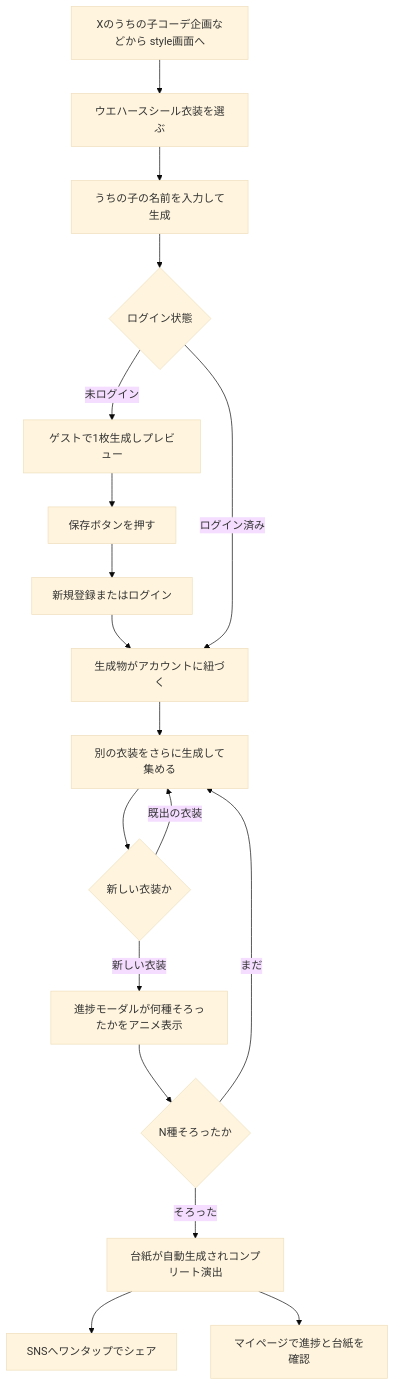
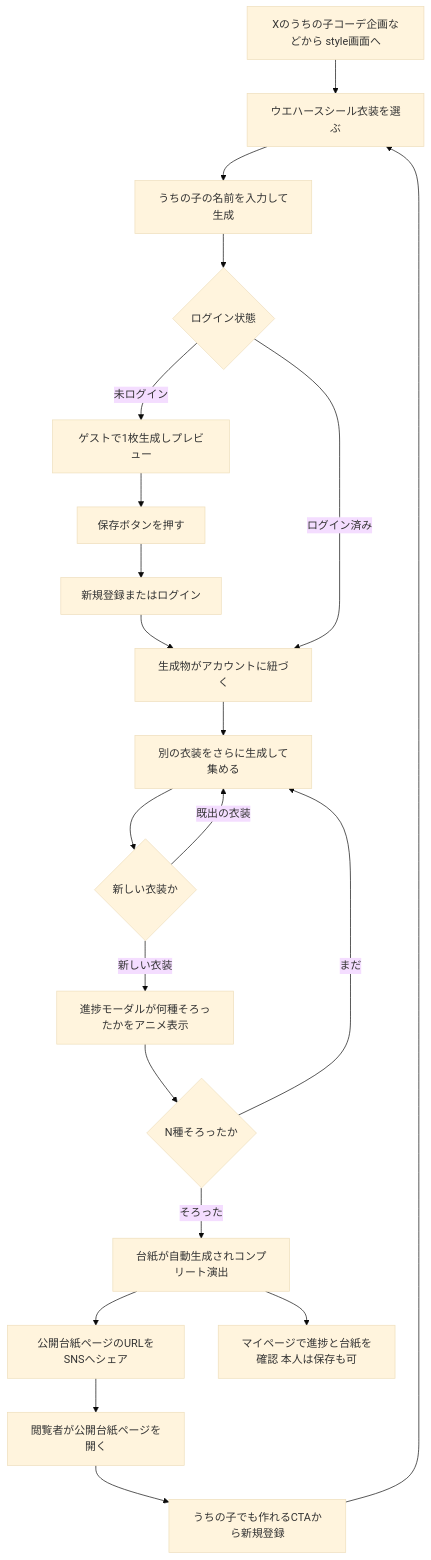
The second of 7 diagrams in docs/planning/collection-feature-implementation-plan.md (3balljugglerYu/ai_coordinate), drawn with Mermaid (base theme) before and after one commit. The commit also changed other lines of this file, not shown here.

````diff
--- a/docs/planning/collection-feature-implementation-plan.md
+++ b/docs/planning/collection-feature-implementation-plan.md
@@ -117,20 +117,23 @@
 ```mermaid
 flowchart TD
     A["Xのうちの子コーデ企画などから style画面へ"] --> B["ウエハースシール衣装を選ぶ"]
     B --> C["うちの子の名前を入力して生成"]
     C --> D{"ログイン状態"}
     D -->|"未ログイン"| E["ゲストで1枚生成しプレビュー"]
     E --> F["保存ボタンを押す"]
     F --> G["新規登録またはログイン"]
     G --> H["生成物がアカウントに紐づく"]
     D -->|"ログイン済み"| H
     H --> I["別の衣装をさらに生成して集める"]
     I --> J{"新しい衣装か"}
     J -->|"既出の衣装"| I
     J -->|"新しい衣装"| K["進捗モーダルが何種そろったかをアニメ表示"]
     K --> L{"N種そろったか"}
     L -->|"まだ"| I
     L -->|"そろった"| M["台紙が自動生成されコンプリート演出"]
-    M --> N["SNSへワンタップでシェア"]
-    M --> O["マイページで進捗と台紙を確認"]
+    M --> N["公開台紙ページのURLをSNSへシェア"]
+    M --> O["マイページで進捗と台紙を確認 本人は保存も可"]
+    N --> P["閲覧者が公開台紙ページを開く"]
+    P --> Q["うちの子でも作れるCTAから新規登録"]
+    Q --> B
 ```
````
